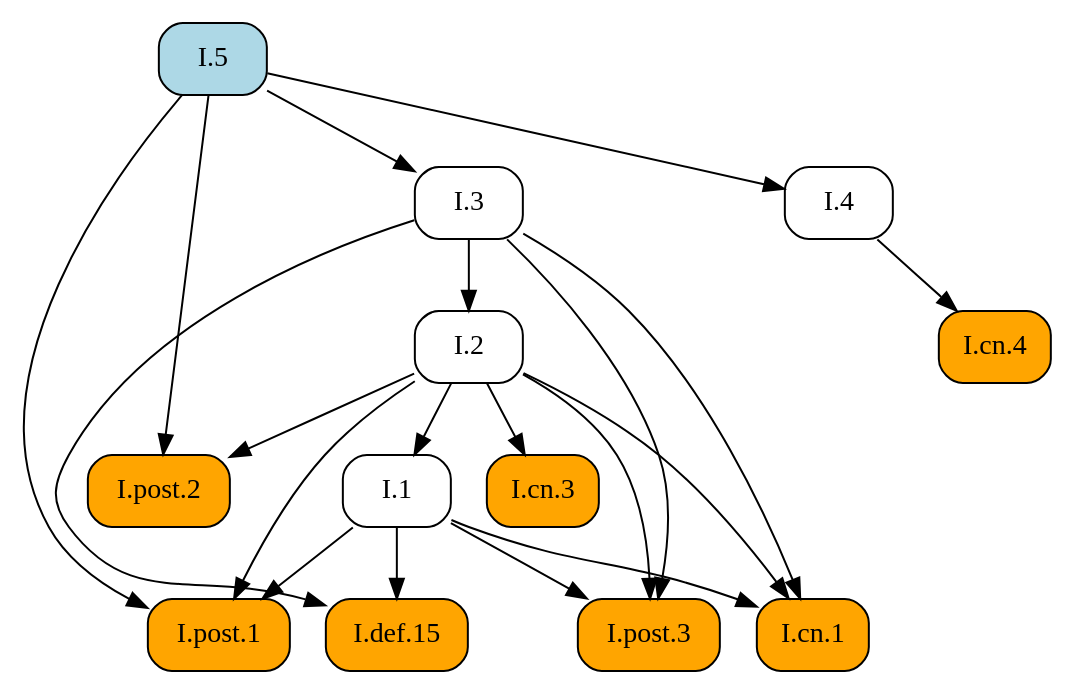
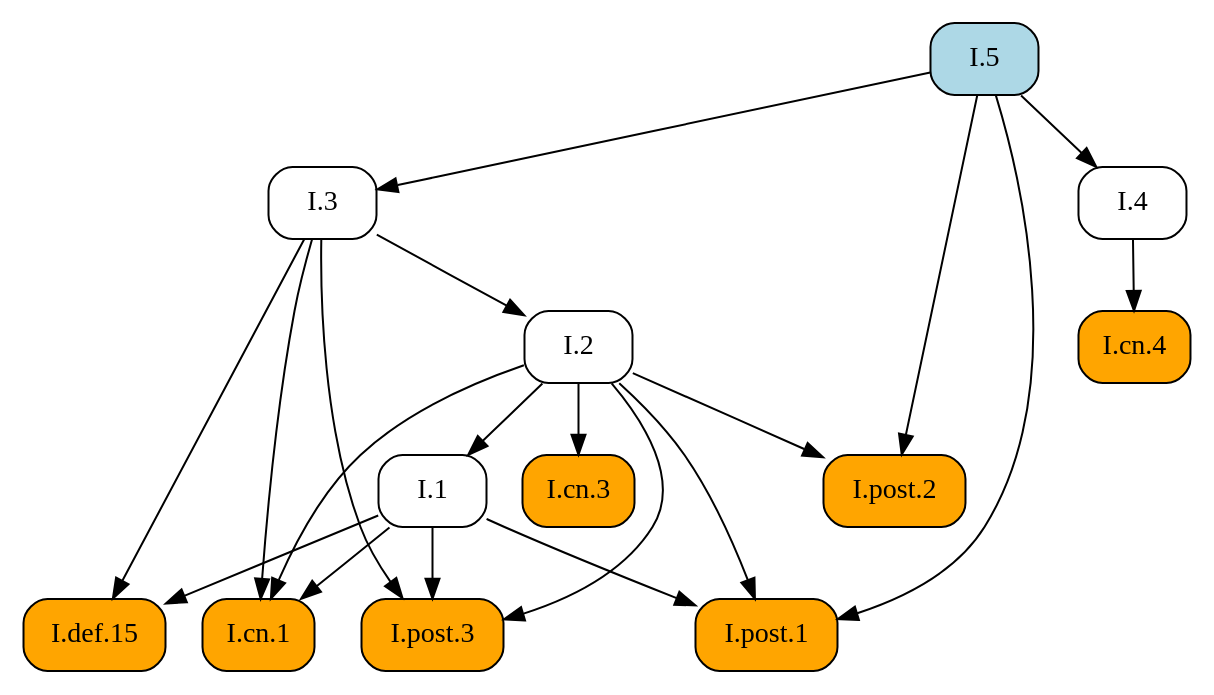
One commit to geometor/elements changed the diagram in docsrc/elements2/I/5/index.rst. Above: the diagram before and after it, drawn with Graphviz. The commit also changed other lines of this file and 171 other files, not shown here.

```diff
--- a/docsrc/elements2/I/5/index.rst
+++ b/docsrc/elements2/I/5/index.rst
@@ -118,37 +118,37 @@
 .. graphviz::
 
    digraph {
      rankdir="TB";
      node [shape=box, style=rounded];
-     "I.post.2" [style="rounded,filled", fillcolor=orange, URL="/elements2/I/post.2/", target="_top"];
      "I.2" [URL="/elements2/I/2/", target="_top"];
-     "I.post.1" [style="rounded,filled", fillcolor=orange, URL="/elements2/I/post.1/", target="_top"];
-     "I.cn.1" [style="rounded,filled", fillcolor=orange, URL="/elements2/I/cn.1/", target="_top"];
-     "I.5" [style="rounded,filled", fillcolor=lightblue, URL="/elements2/I/5/", target="_top"];
-     "I.3" [URL="/elements2/I/3/", target="_top"];
+     "I.1" [URL="/elements2/I/1/", target="_top"];
+     "I.cn.4" [style="rounded,filled", fillcolor=orange, URL="/elements2/I/cn.4/", target="_top"];
      "I.cn.3" [style="rounded,filled", fillcolor=orange, URL="/elements2/I/cn.3/", target="_top"];
      "I.def.15" [style="rounded,filled", fillcolor=orange, URL="/elements2/I/def.15/", target="_top"];
-     "I.cn.4" [style="rounded,filled", fillcolor=orange, URL="/elements2/I/cn.4/", target="_top"];
+     "I.4" [URL="/elements2/I/4/", target="_top"];
+     "I.post.1" [style="rounded,filled", fillcolor=orange, URL="/elements2/I/post.1/", target="_top"];
+     "I.post.2" [style="rounded,filled", fillcolor=orange, URL="/elements2/I/post.2/", target="_top"];
+     "I.3" [URL="/elements2/I/3/", target="_top"];
+     "I.5" [style="rounded,filled", fillcolor=lightblue, URL="/elements2/I/5/", target="_top"];
+     "I.cn.1" [style="rounded,filled", fillcolor=orange, URL="/elements2/I/cn.1/", target="_top"];
      "I.post.3" [style="rounded,filled", fillcolor=orange, URL="/elements2/I/post.3/", target="_top"];
-     "I.1" [URL="/elements2/I/1/", target="_top"];
-     "I.4" [URL="/elements2/I/4/", target="_top"];
-     "I.2" -> "I.post.2";
-     "I.5" -> "I.post.2";
      "I.3" -> "I.2";
+     "I.2" -> "I.1";
+     "I.4" -> "I.cn.4";
+     "I.2" -> "I.cn.3";
+     "I.1" -> "I.def.15";
+     "I.3" -> "I.def.15";
+     "I.5" -> "I.4";
      "I.1" -> "I.post.1";
      "I.2" -> "I.post.1";
      "I.5" -> "I.post.1";
+     "I.2" -> "I.post.2";
+     "I.5" -> "I.post.2";
+     "I.5" -> "I.3";
      "I.1" -> "I.cn.1";
      "I.2" -> "I.cn.1";
      "I.3" -> "I.cn.1";
-     "I.5" -> "I.3";
-     "I.2" -> "I.cn.3";
-     "I.1" -> "I.def.15";
-     "I.3" -> "I.def.15";
-     "I.4" -> "I.cn.4";
      "I.1" -> "I.post.3";
      "I.2" -> "I.post.3";
      "I.3" -> "I.post.3";
-     "I.2" -> "I.1";
-     "I.5" -> "I.4";
    }
```
